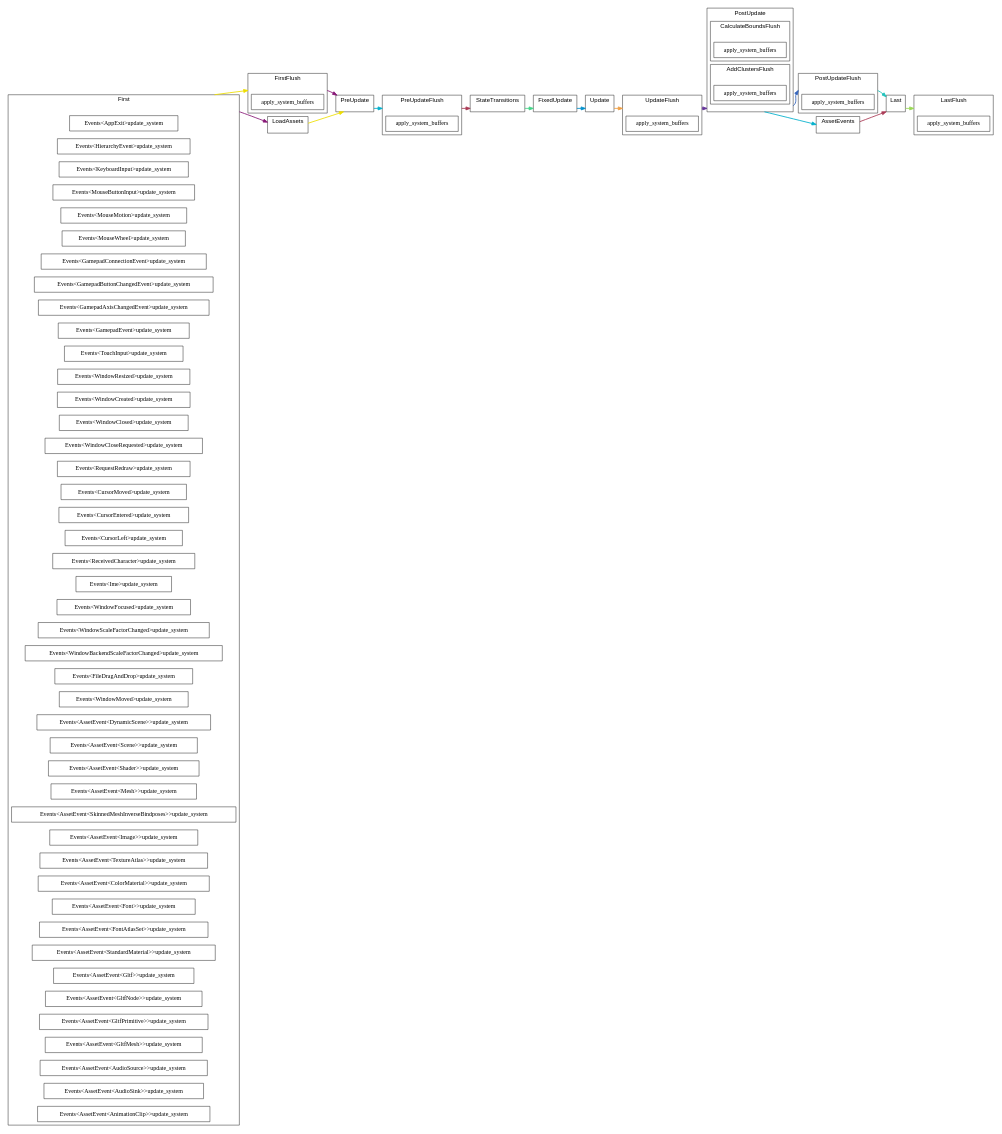
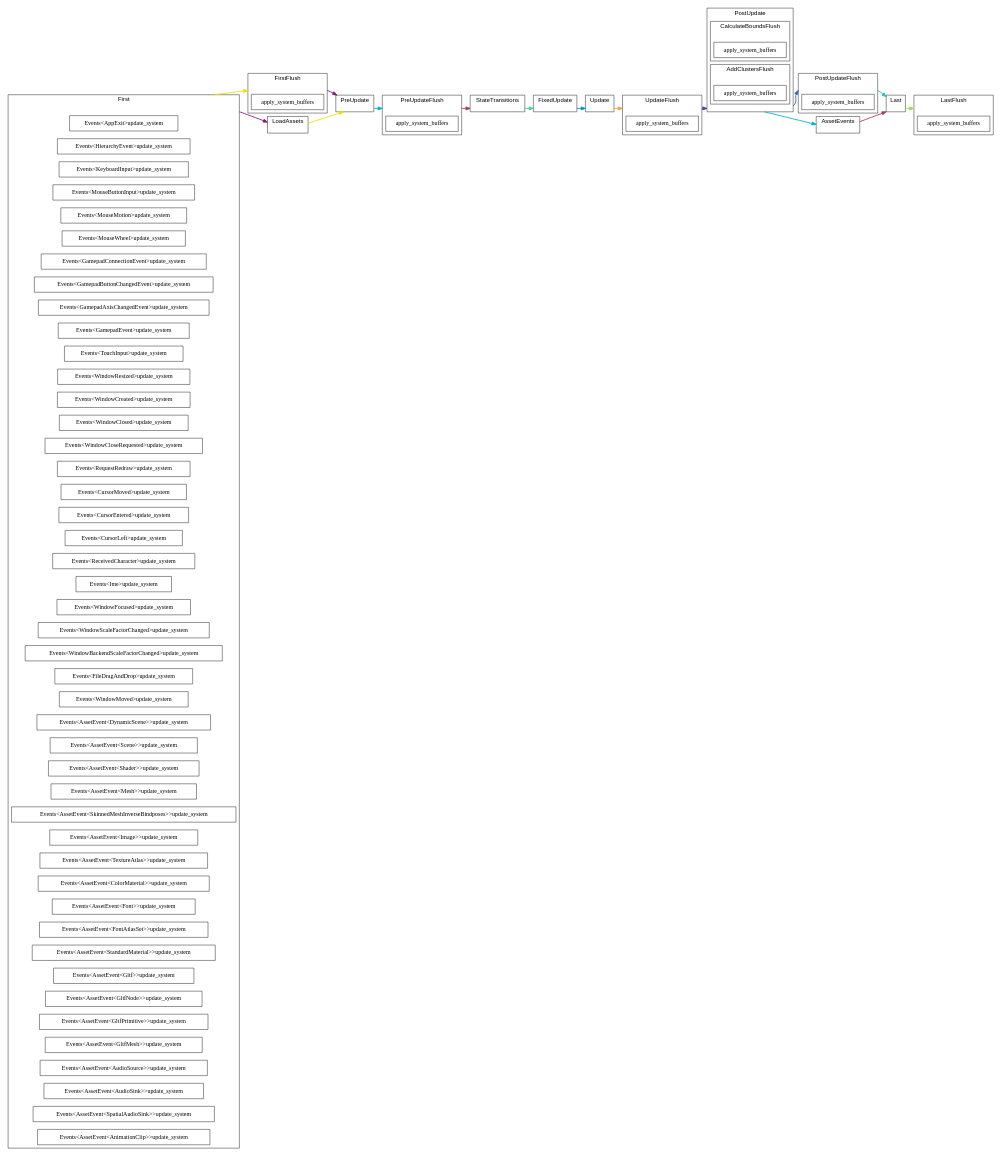
One commit to jakobhellermann/bevy_mod_debugdump changed the diagram in docs/schedule/by-crate/light/schedule_Main_bevy_ecs.dot. Above: the diagram before and after it, drawn with Graphviz. The commit also changed 39 other files, not shown here.

```diff
--- a/docs/schedule/by-crate/light/schedule_Main_bevy_ecs.dot
+++ b/docs/schedule/by-crate/light/schedule_Main_bevy_ecs.dot
@@ -107,8 +107,9 @@
 		"node_System(120)" ["label"="Events<AssetEvent<GltfPrimitive>>update_system", "tooltip"="bevy_ecs::event::Events<bevy_asset::assets::AssetEvent<bevy_gltf::GltfPrimitive>>::update_system"]
 		"node_System(123)" ["label"="Events<AssetEvent<GltfMesh>>update_system", "tooltip"="bevy_ecs::event::Events<bevy_asset::assets::AssetEvent<bevy_gltf::GltfMesh>>::update_system"]
 		"node_System(126)" ["label"="Events<AssetEvent<AudioSource>>update_system", "tooltip"="bevy_ecs::event::Events<bevy_asset::assets::AssetEvent<bevy_audio::audio_source::AudioSource>>::update_system"]
-		"node_System(129)" ["label"="Events<AssetEvent<AudioSink>>update_system", "tooltip"="bevy_ecs::event::Events<bevy_asset::assets::AssetEvent<bevy_audio::audio_output::AudioSink>>::update_system"]
-		"node_System(134)" ["label"="Events<AssetEvent<AnimationClip>>update_system", "tooltip"="bevy_ecs::event::Events<bevy_asset::assets::AssetEvent<bevy_animation::AnimationClip>>::update_system"]
+		"node_System(129)" ["label"="Events<AssetEvent<AudioSink>>update_system", "tooltip"="bevy_ecs::event::Events<bevy_asset::assets::AssetEvent<bevy_audio::sinks::AudioSink>>::update_system"]
+		"node_System(132)" ["label"="Events<AssetEvent<SpatialAudioSink>>update_system", "tooltip"="bevy_ecs::event::Events<bevy_asset::assets::AssetEvent<bevy_audio::sinks::SpatialAudioSink>>::update_system"]
+		"node_System(137)" ["label"="Events<AssetEvent<AnimationClip>>update_system", "tooltip"="bevy_ecs::event::Events<bevy_asset::assets::AssetEvent<bevy_animation::AnimationClip>>::update_system"]
 	}
 	
 	subgraph "clusternode_Set(8)" {
```
